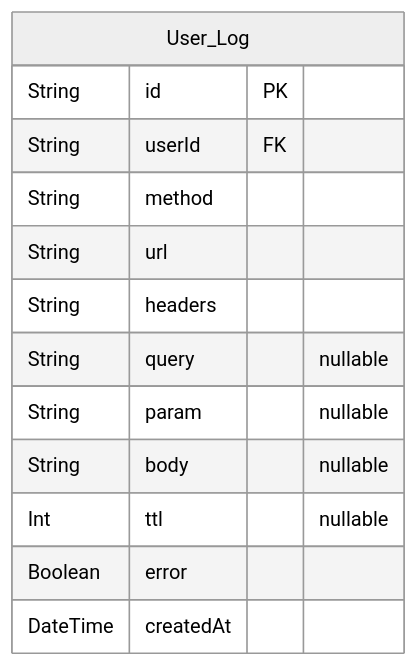
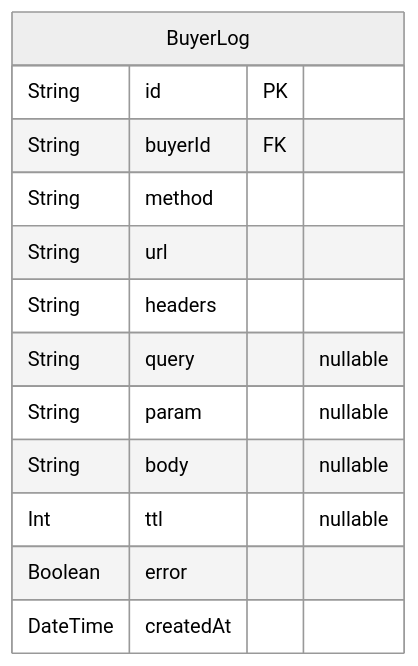
The second of 2 diagrams in prisma/ERD.md (kakasoo/nestia-commerce), drawn with Mermaid (neutral theme) before and after one commit. The commit also changed other lines of this file and 1 other file, not shown here.

Commit message:
chore : change `user` variable name to `buyer`

````diff
--- a/prisma/ERD.md
+++ b/prisma/ERD.md
@@ -61,16 +61,16 @@
 ```mermaid
 erDiagram
-"User_Log" {
+"BuyerLog" {
   String id PK
-  String userId FK
+  String buyerId FK
   String method
   String url
   String headers
   String query "nullable"
   String param "nullable"
   String body "nullable"
   Int ttl "nullable"
   Boolean error
   DateTime createdAt
 }
 ```
````
